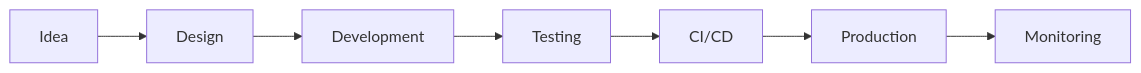
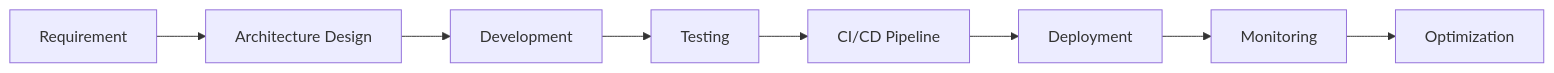
One commit to thangknt99/thangknt99 changed the diagram in README.md. Above: the diagram before and after it, drawn with Mermaid. The commit also changed other lines of this file, not shown here.

````diff
--- a/README.md
+++ b/README.md
@@ -177,9 +224,10 @@
 ```mermaid
 flowchart LR
-    A[Idea] --> B[Design]
+    A[Requirement] --> B[Architecture Design]
     B --> C[Development]
     C --> D[Testing]
-    D --> E[CI/CD]
-    E --> F[Production]
+    D --> E[CI/CD Pipeline]
+    E --> F[Deployment]
     F --> G[Monitoring]
+    G --> H[Optimization]
 ```
````
